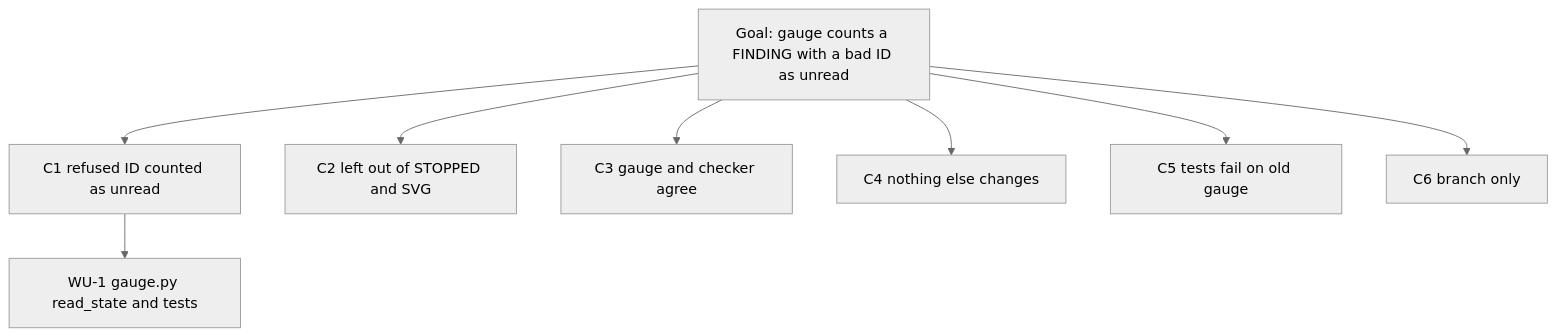
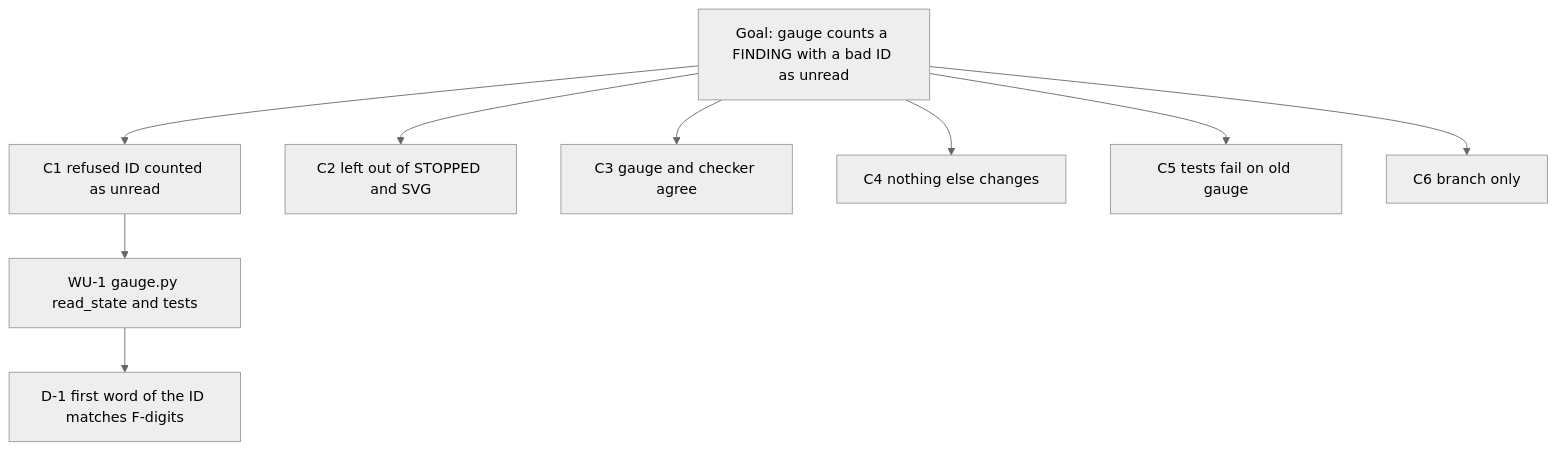
The diagram in runs/3.0.0-finding-id/MINDMAP.md (CatCorner22/devin), drawn with Mermaid (neutral theme) before and after one commit. The commit also changed other lines of this file and 2 other files, not shown here.

Commit message:
log: CHECK, DECISION D-1, TRACE; framework and mind map

````diff
--- a/runs/3.0.0-finding-id/MINDMAP.md
+++ b/runs/3.0.0-finding-id/MINDMAP.md
@@ -16,11 +17,12 @@
 ```mermaid
 graph TD
   G["Goal: gauge counts a FINDING with a bad ID as unread"]
   G --> C1["C1 refused ID counted as unread"]
   G --> C2["C2 left out of STOPPED and SVG"]
   G --> C3["C3 gauge and checker agree"]
   G --> C4["C4 nothing else changes"]
   G --> C5["C5 tests fail on old gauge"]
   G --> C6["C6 branch only"]
   C1 --> WU1["WU-1 gauge.py read_state and tests"]
+  WU1 --> D1["D-1 first word of the ID matches F-digits"]
 ```
````
